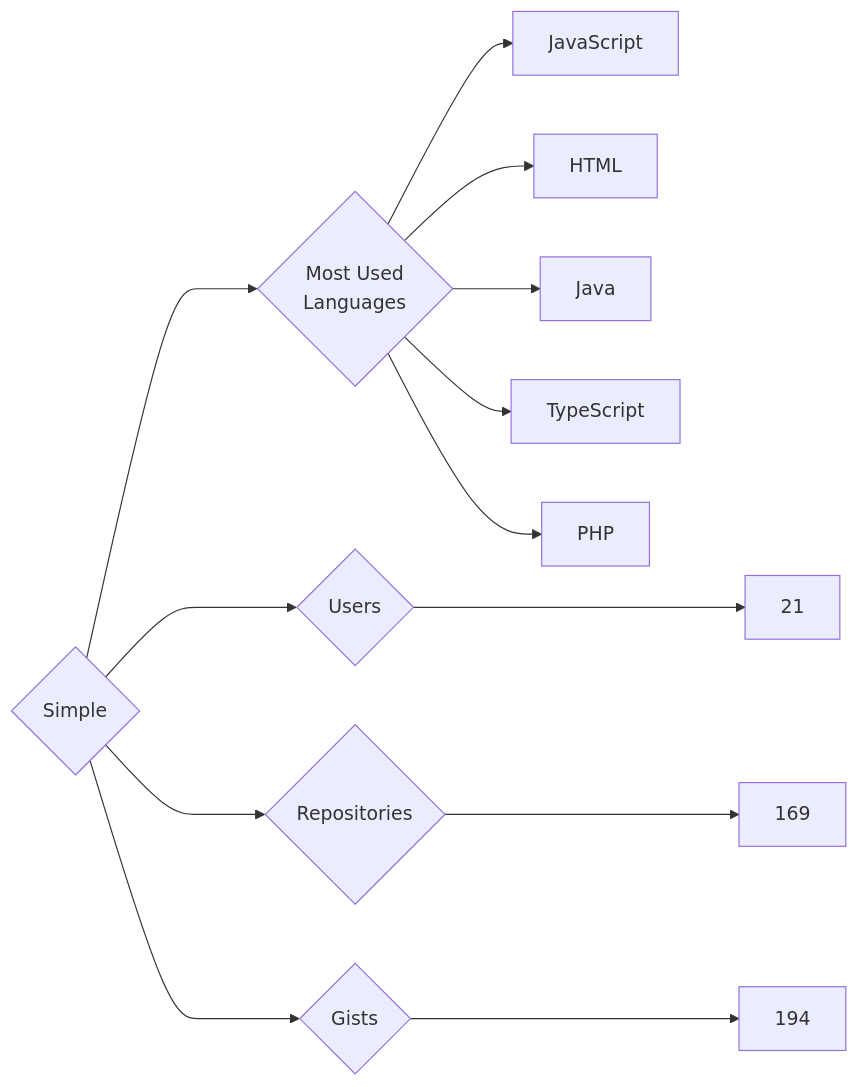
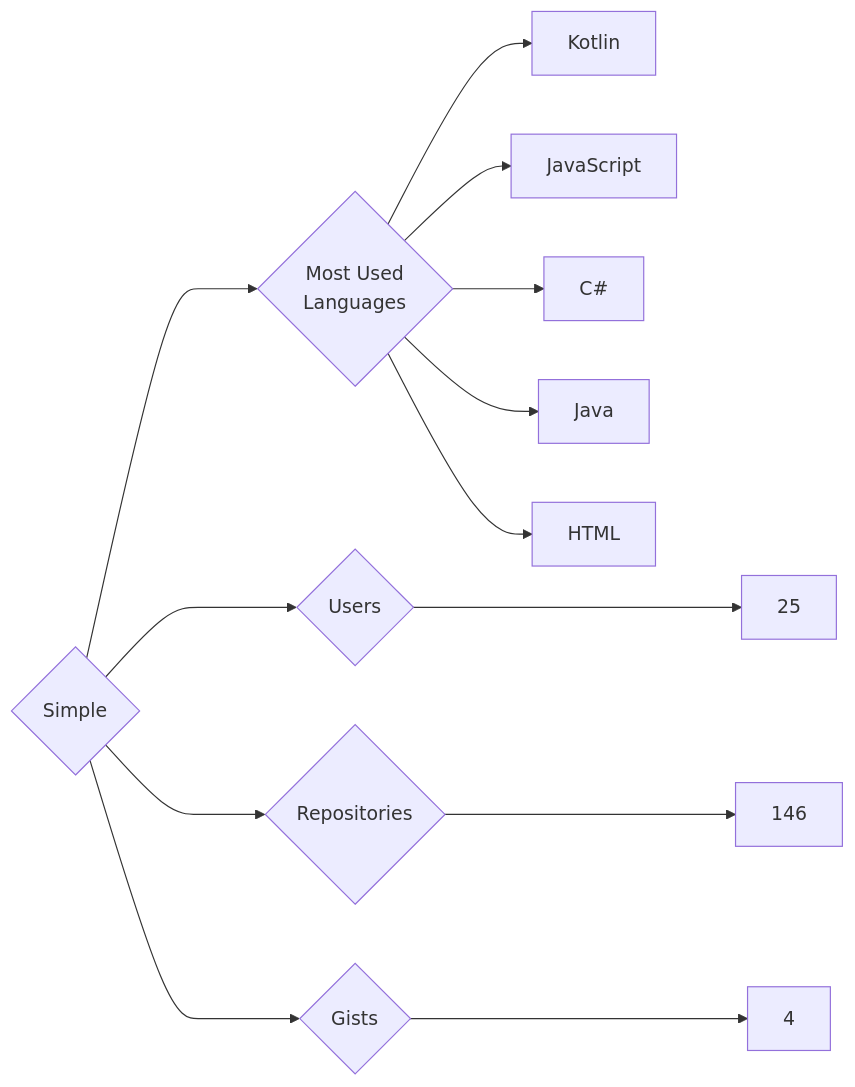
The diagram in targets/Simple/README.md (trickest/insiders), drawn with Mermaid before and after one commit. The commit also changed 940 other files, not shown here.

````diff
--- a/targets/Simple/README.md
+++ b/targets/Simple/README.md
@@ -3,13 +3,13 @@
 ```mermaid
 graph LR
 COMPANY_NAME{Simple}
-COMPANY_NAME ---> U{Users} ---> UN[21]
-COMPANY_NAME ---> R{Repositories} ---> RN[169]
-COMPANY_NAME ---> G{Gists} ---> GN[194]
+COMPANY_NAME ---> U{Users} ---> UN[25]
+COMPANY_NAME ---> R{Repositories} ---> RN[146]
+COMPANY_NAME ---> G{Gists} ---> GN[4]
 COMPANY_NAME ---> ML{Most Used<br>Languages}
+ML --> Kotlin[Kotlin]
 ML --> JavaScript[JavaScript]
+ML --> C#[C#]
+ML --> Java[Java]
 ML --> HTML[HTML]
-ML --> Java[Java]
-ML --> TypeScript[TypeScript]
-ML --> PHP[PHP]
 ```
````
